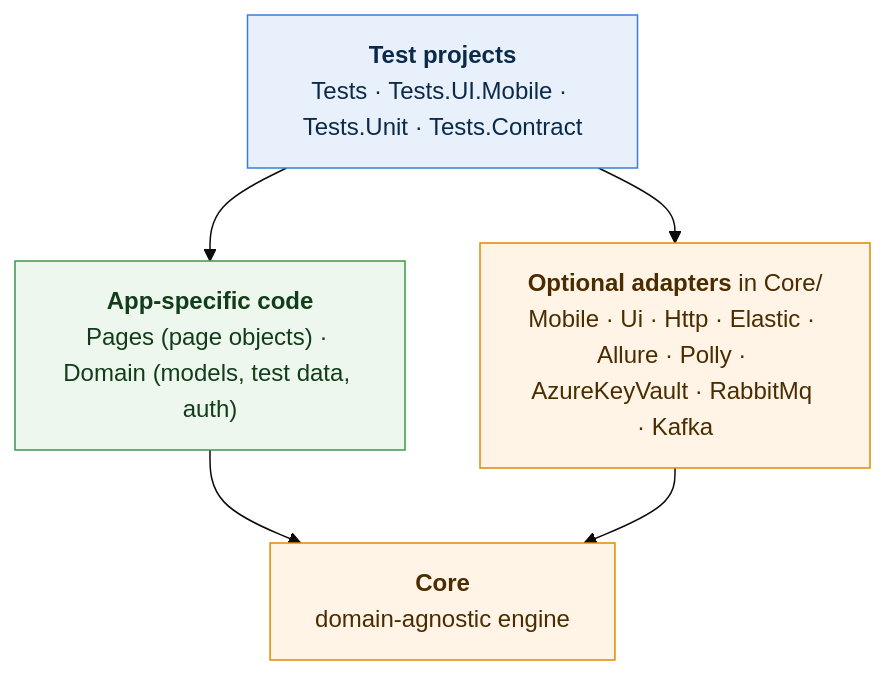
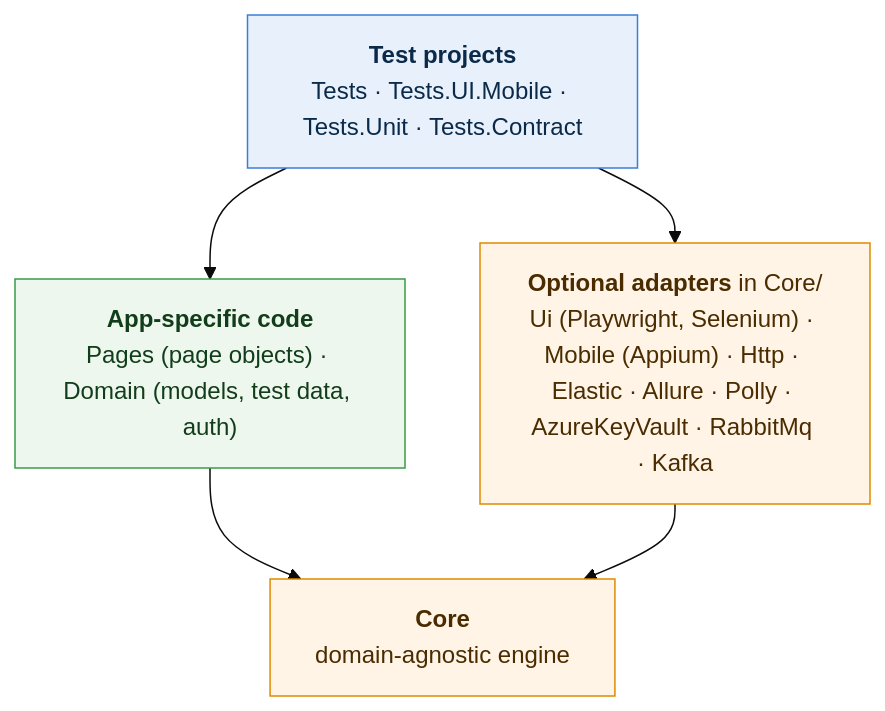
Before and after one commit to ravs788/complete-test-automation-fmw: the first of 6 diagrams in docs/DIAGRAMS.md, drawn with Mermaid (base theme). The commit also changed other lines of this file and 47 other files, not shown here.

First line of the commit message:
feat(ui): Selenium web driver and Appium on the UI contract; mobile shares pages (R47)

````diff
--- a/docs/DIAGRAMS.md
+++ b/docs/DIAGRAMS.md
@@ -20,19 +20,19 @@
 ```mermaid
 flowchart TB
     TESTS["<b>Test projects</b><br/>Tests · Tests.UI.Mobile · Tests.Unit · Tests.Contract"]
     APP["<b>App-specific code</b><br/>Pages (page objects) · Domain (models, test data, auth)"]
-    ADDONS["<b>Optional adapters</b> in Core/<br/>Mobile · Ui · Http · Elastic · Allure · Polly · AzureKeyVault · RabbitMq · Kafka"]
+    ADDONS["<b>Optional adapters</b> in Core/<br/>Ui (Playwright, Selenium) · Mobile (Appium) · Http · Elastic · Allure · Polly · AzureKeyVault · RabbitMq · Kafka"]
     CORE["<b>Core</b><br/>domain-agnostic engine"]
 
     TESTS --> APP
     TESTS --> ADDONS
     APP --> CORE
     ADDONS --> CORE
 
     classDef test fill:#e8f1fb,stroke:#3b7dd8,color:#0b2a4a
     classDef app fill:#eef7ee,stroke:#3a9a4a,color:#123d1a
     classDef core fill:#fff4e5,stroke:#e08a00,color:#4a2c00
     class TESTS test
     class APP app
     class ADDONS,CORE core
 ```
````
